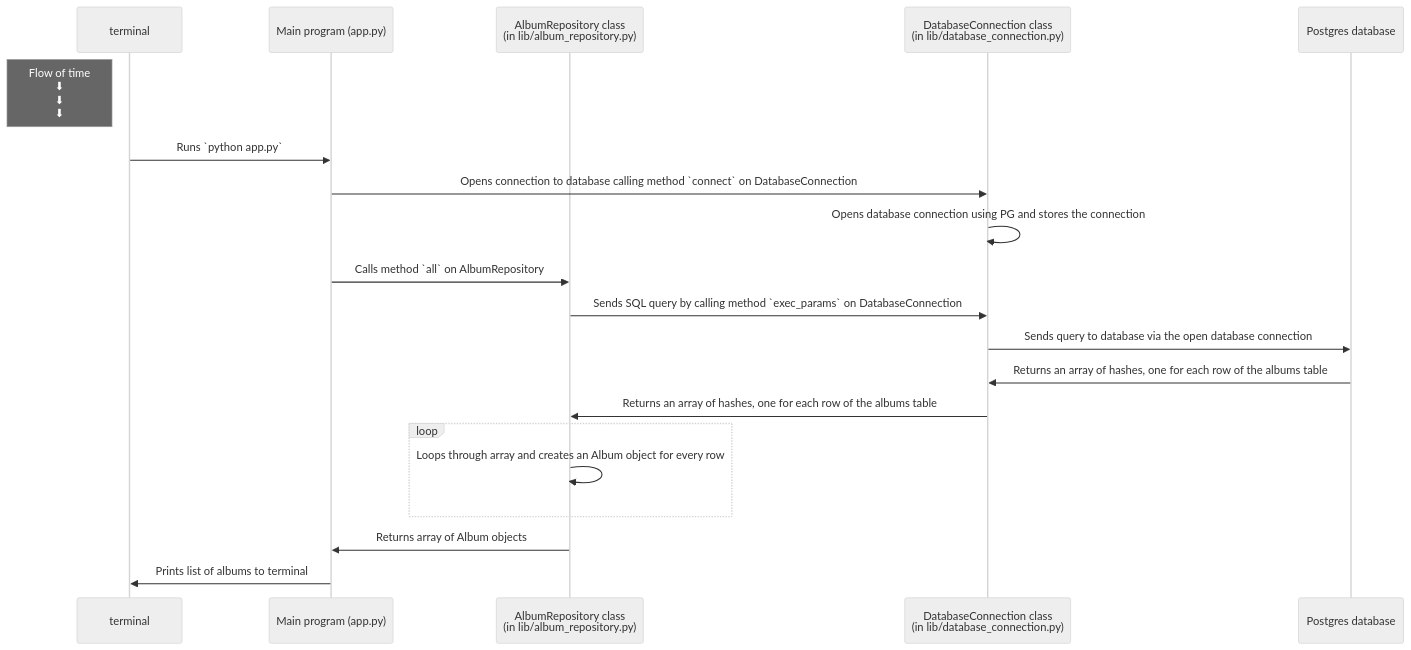
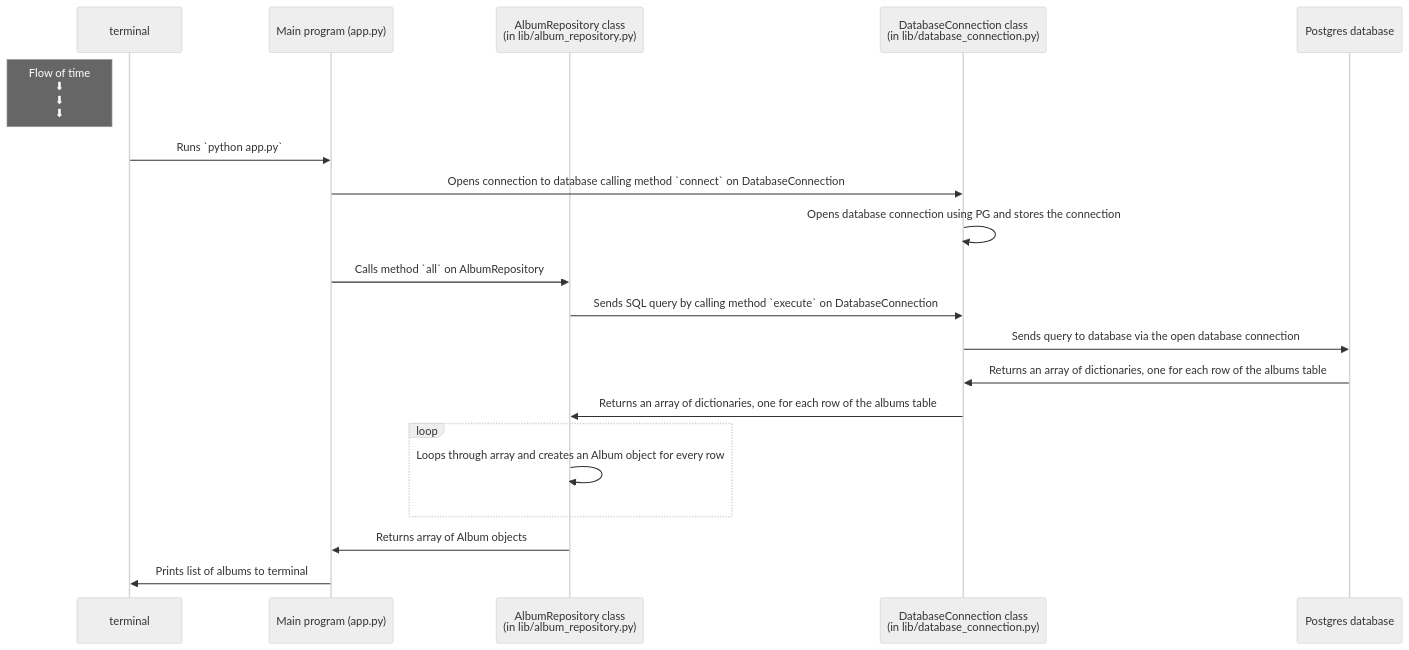
One commit to raydipanwita/Database changed the third of 3 diagrams in challenges/03_creating_sequence_diagrams.md. Above: the diagram before and after it, drawn with Mermaid (neutral theme). The commit also changed other lines of this file and 2 other files, not shown here.

Commit message:
[SLUG] Transferring changes from Slug as of 2022-11-21 20:36:57 +0000.

````diff
--- a/challenges/03_creating_sequence_diagrams.md
+++ b/challenges/03_creating_sequence_diagrams.md
@@ -78,25 +78,25 @@
 ```mermaid
 sequenceDiagram
     participant t as terminal
     participant app as Main program (app.py)
     participant ar as AlbumRepository class <br /> (in lib/album_repository.py)
     participant db_conn as DatabaseConnection class <br /> (in lib/database_connection.py)
     participant db as Postgres database
 
     Note left of t: Flow of time <br />⬇ <br /> ⬇ <br /> ⬇ 
 
     t->>app: Runs `python app.py`
     app->>db_conn: Opens connection to database calling method `connect` on DatabaseConnection
     db_conn->>db_conn: Opens database connection using PG and stores the connection
     app->>ar: Calls method `all` on AlbumRepository
-    ar->>db_conn: Sends SQL query by calling method `exec_params` on DatabaseConnection
+    ar->>db_conn: Sends SQL query by calling method `execute` on DatabaseConnection
     db_conn->>db: Sends query to database via the open database connection
-    db->>db_conn: Returns an array of hashes, one for each row of the albums table
+    db->>db_conn: Returns an array of dictionaries, one for each row of the albums table
 
-    db_conn->>ar: Returns an array of hashes, one for each row of the albums table
+    db_conn->>ar: Returns an array of dictionaries, one for each row of the albums table
     loop 
         ar->>ar: Loops through array and creates an Album object for every row
     end
     ar->>app: Returns array of Album objects
     app->>t: Prints list of albums to terminal
 ```
````
